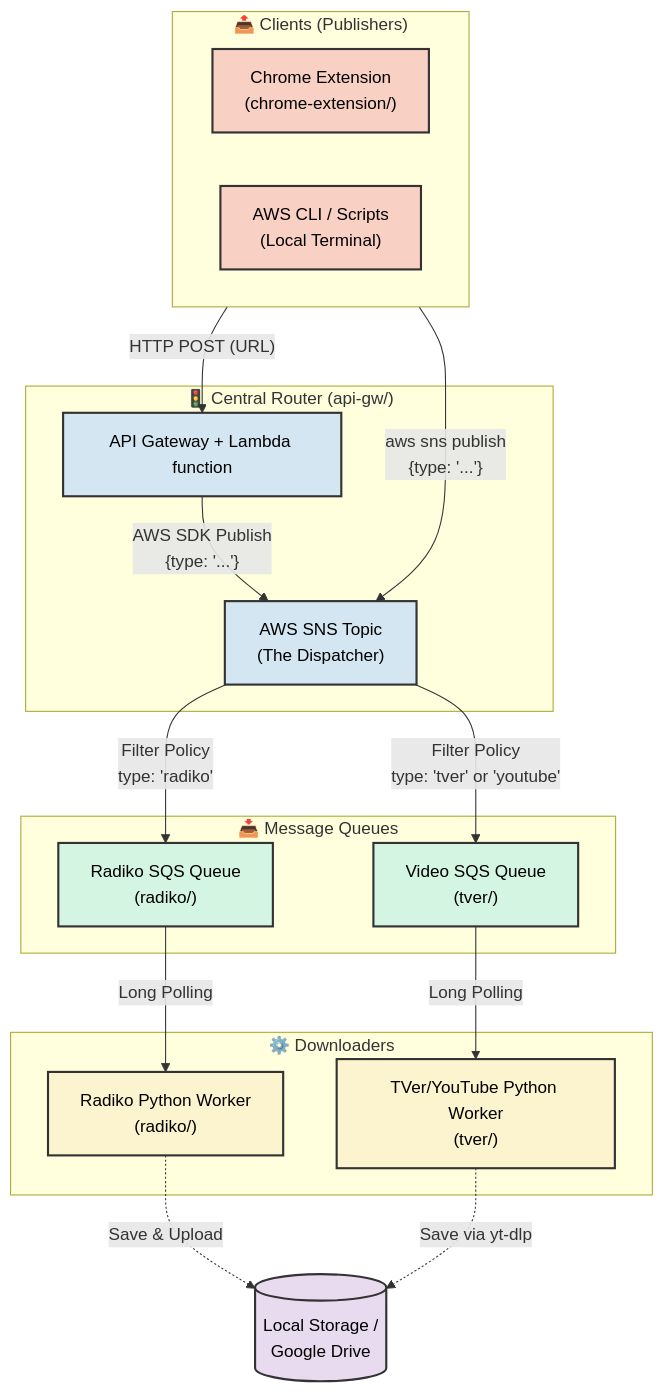
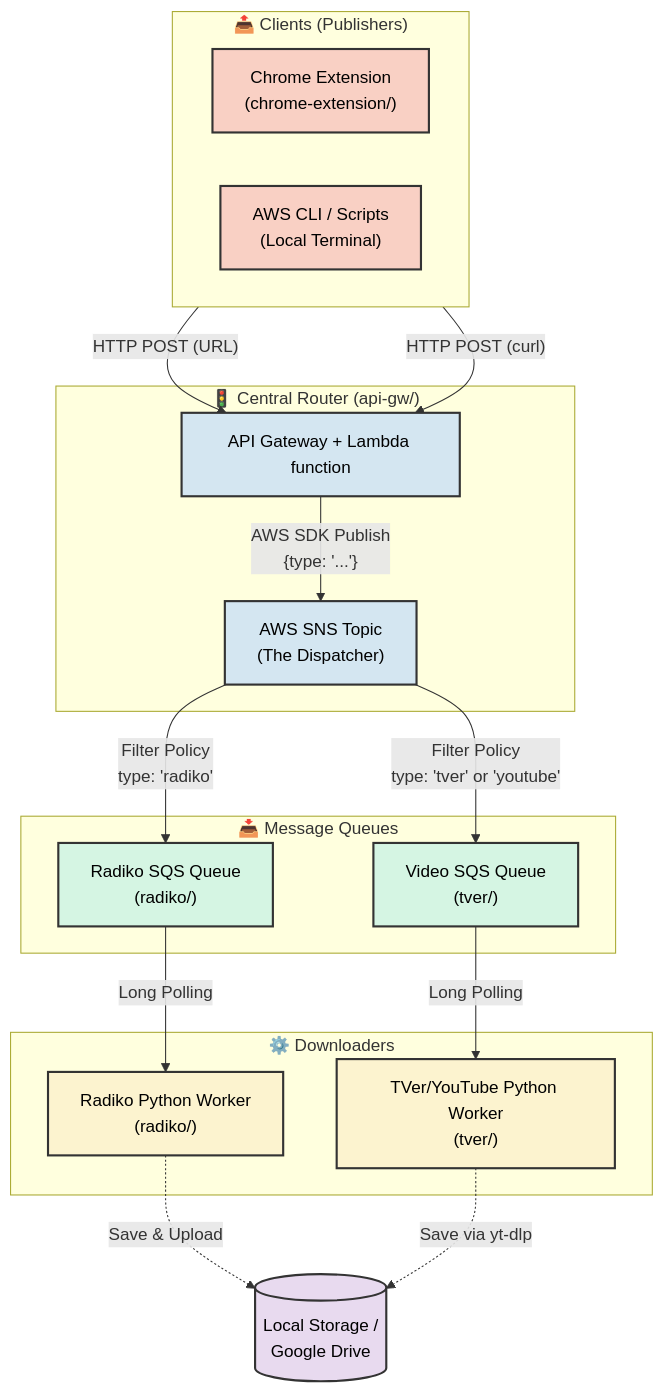
One commit to khirata/media-downloader changed the diagram in README.md. Above: the diagram before and after it, drawn with Mermaid. The commit also changed other lines of this file and 1 other file, not shown here.

Commit message:
docs: use curl HTTP POST targeting API Gateway for manual triggers and cronjobs

````diff
--- a/README.md
+++ b/README.md
@@ -10,48 +10,48 @@
 ```mermaid
 graph TD
     classDef client fill:#f9d0c4,stroke:#333,stroke-width:2px,color:#000;
     classDef router fill:#d4e6f1,stroke:#333,stroke-width:2px,color:#000;
     classDef queue fill:#d5f5e3,stroke:#333,stroke-width:2px,color:#000;
     classDef worker fill:#fcf3cf,stroke:#333,stroke-width:2px,color:#000;
     classDef storage fill:#e8daef,stroke:#333,stroke-width:2px,color:#000;
 
     subgraph Clients ["📤 Clients (Publishers)"]
         direction LR
         EXT["Chrome Extension<br/>(chrome-extension/)"]:::client
         CLI["AWS CLI / Scripts<br/>(Local Terminal)"]:::client
     end
 
     subgraph Dispatcher ["🚦 Central Router (api-gw/)"]
         API["API Gateway + Lambda function"]:::router
         SNS["AWS SNS Topic<br/>(The Dispatcher)"]:::router
     end
 
     subgraph Queues ["📥 Message Queues"]
         SQS_R["Radiko SQS Queue<br/>(radiko/)"]:::queue
         SQS_T["Video SQS Queue<br/>(tver/)"]:::queue
     end
 
     subgraph Workers ["⚙️ Downloaders"]
         WORK_R["Radiko Python Worker<br/>(radiko/)"]:::worker
         WORK_T["TVer/YouTube Python Worker<br/>(tver/)"]:::worker
     end
     
     STORAGE[("Local Storage /<br/>Google Drive")]:::storage
 
     %% Client flows
     EXT -->|"HTTP POST (URL)"| API
+    CLI -->|"HTTP POST (curl)"| API
     API -->|"AWS SDK Publish<br/>{type: '...'} "| SNS
-    CLI -->|"aws sns publish<br/>{type: '...'} "| SNS
 
     %% Dispatcher routing based on message attributes/body
     SNS -->|"Filter Policy<br/>type: 'radiko'"| SQS_R
     SNS -->|"Filter Policy<br/>type: 'tver' or 'youtube'"| SQS_T
 
     %% Worker polling
     SQS_R -->|"Long Polling"| WORK_R
     SQS_T -->|"Long Polling"| WORK_T
 
     %% Final output
     WORK_R -.->|"Save & Upload"| STORAGE
     WORK_T -.->|"Save via yt-dlp"| STORAGE
 ```
````
